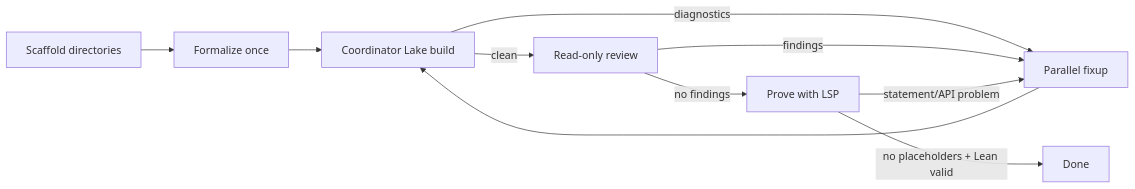
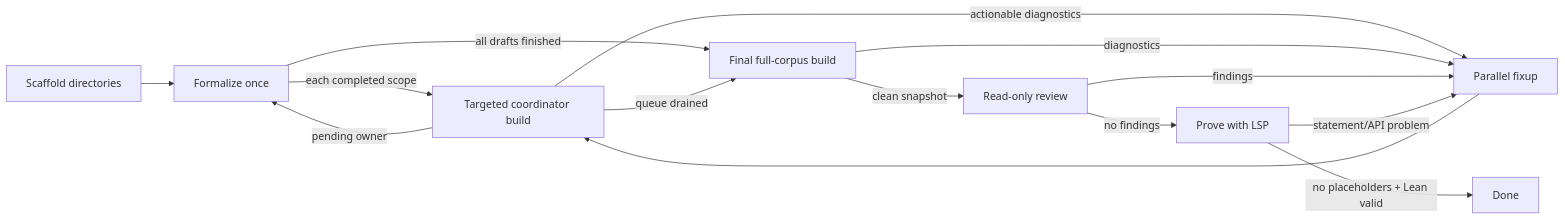
The diagram in SWARM.md (phulin/LastLib), drawn with Mermaid before and after one commit. The commit also changed other lines of this file and 3 other files, not shown here.

Commit message:
feat(swarm): pipeline drafting through targeted fixup

````diff
--- a/SWARM.md
+++ b/SWARM.md
@@ -12,12 +12,16 @@
 ```mermaid
 flowchart LR
     S[Scaffold directories] --> F[Formalize once]
-    F --> B[Coordinator Lake build]
-    B -->|diagnostics| X[Parallel fixup]
+    F -->|each completed scope| B[Targeted coordinator build]
+    B -->|actionable diagnostics| X[Parallel fixup]
     X --> B
-    B -->|clean| R[Read-only review]
+    B -->|pending owner| F
+    F -->|all drafts finished| G[Final full-corpus build]
+    B -->|queue drained| G
+    G -->|diagnostics| X
+    G -->|clean snapshot| R[Read-only review]
     R -->|findings| X
     R -->|no findings| P[Prove with LSP]
     P -->|statement/API problem| X
     P -->|no placeholders + Lean valid| D[Done]
 ```
````
